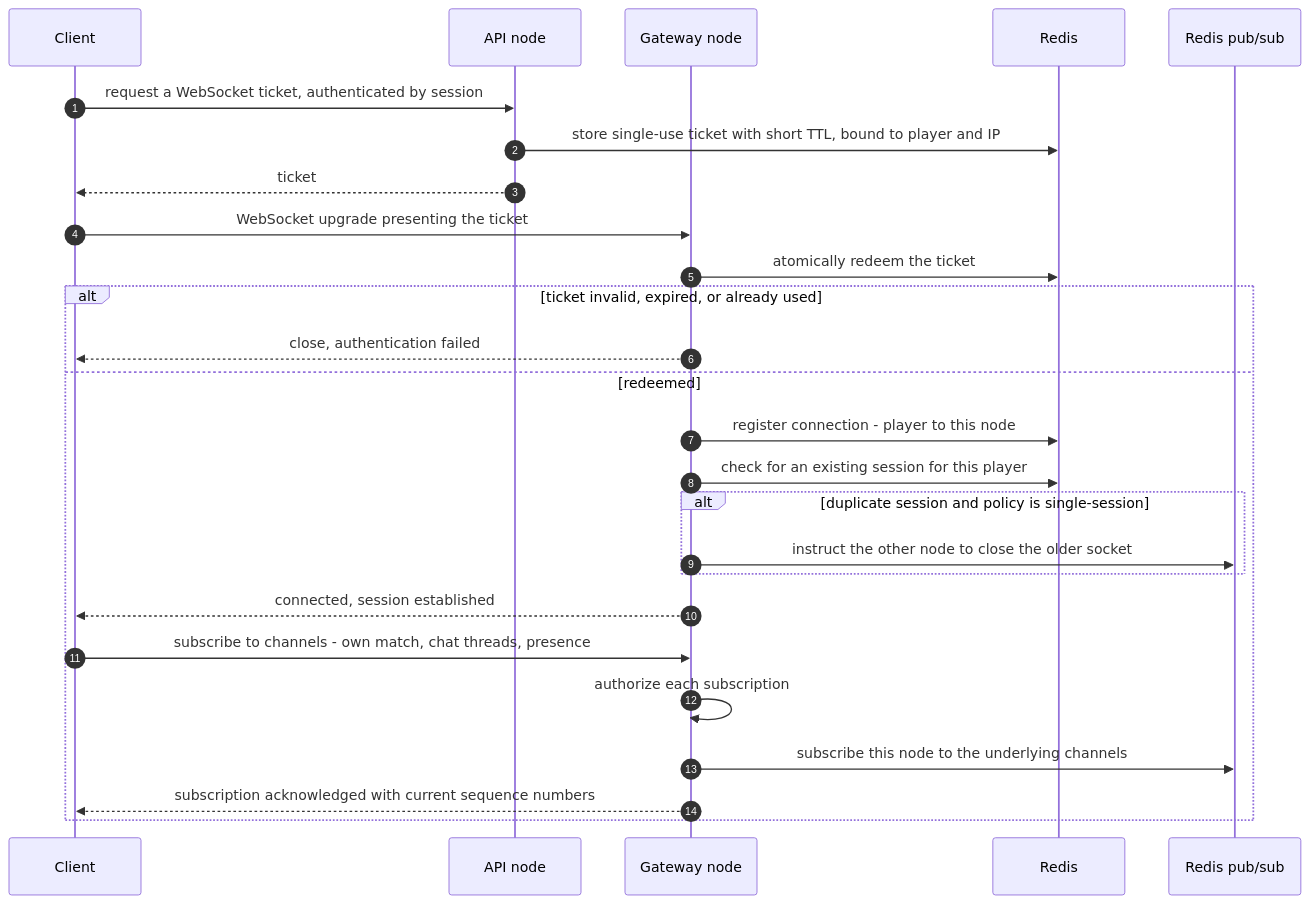
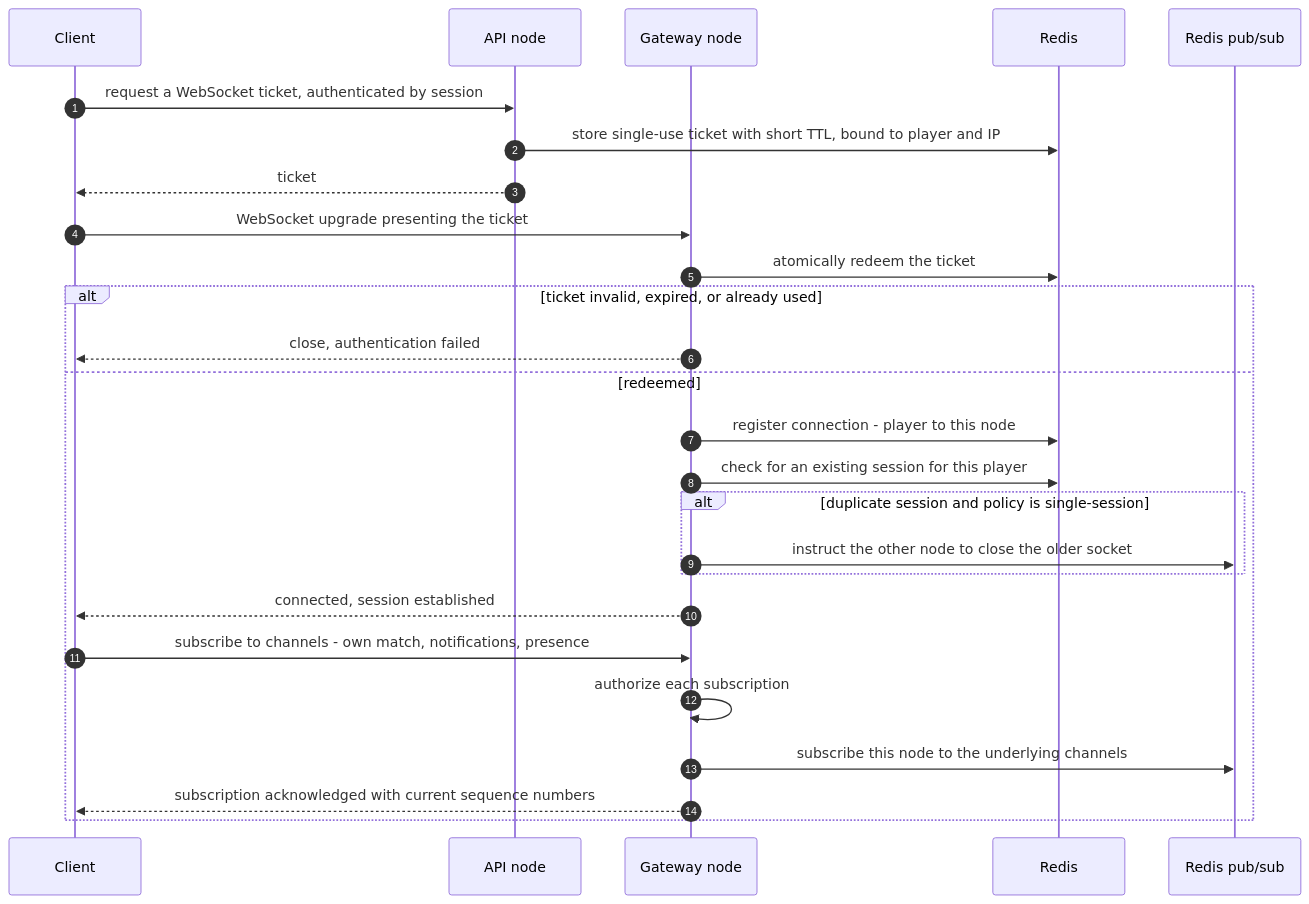
Before and after one commit to shohruh-yuldashov/arena64: the third of 10 diagrams in docs/01-architecture/system-design.md, drawn with Mermaid. The commit also changed other lines of this file and 12 other files, not shown here.

````diff
--- a/docs/01-architecture/system-design.md
+++ b/docs/01-architecture/system-design.md
@@ -165,29 +165,29 @@
 ```mermaid
 sequenceDiagram
     autonumber
     participant C as Client
     participant A as API node
     participant G as Gateway node
     participant R as Redis
     participant B as Redis pub/sub
 
     C->>A: request a WebSocket ticket, authenticated by session
     A->>R: store single-use ticket with short TTL, bound to player and IP
     A-->>C: ticket
     C->>G: WebSocket upgrade presenting the ticket
     G->>R: atomically redeem the ticket
     alt ticket invalid, expired, or already used
         G-->>C: close, authentication failed
     else redeemed
         G->>R: register connection - player to this node
         G->>R: check for an existing session for this player
         alt duplicate session and policy is single-session
             G->>B: instruct the other node to close the older socket
         end
         G-->>C: connected, session established
-        C->>G: subscribe to channels - own match, chat threads, presence
+        C->>G: subscribe to channels - own match, notifications, presence
         G->>G: authorize each subscription
         G->>B: subscribe this node to the underlying channels
         G-->>C: subscription acknowledged with current sequence numbers
     end
 ```
````
